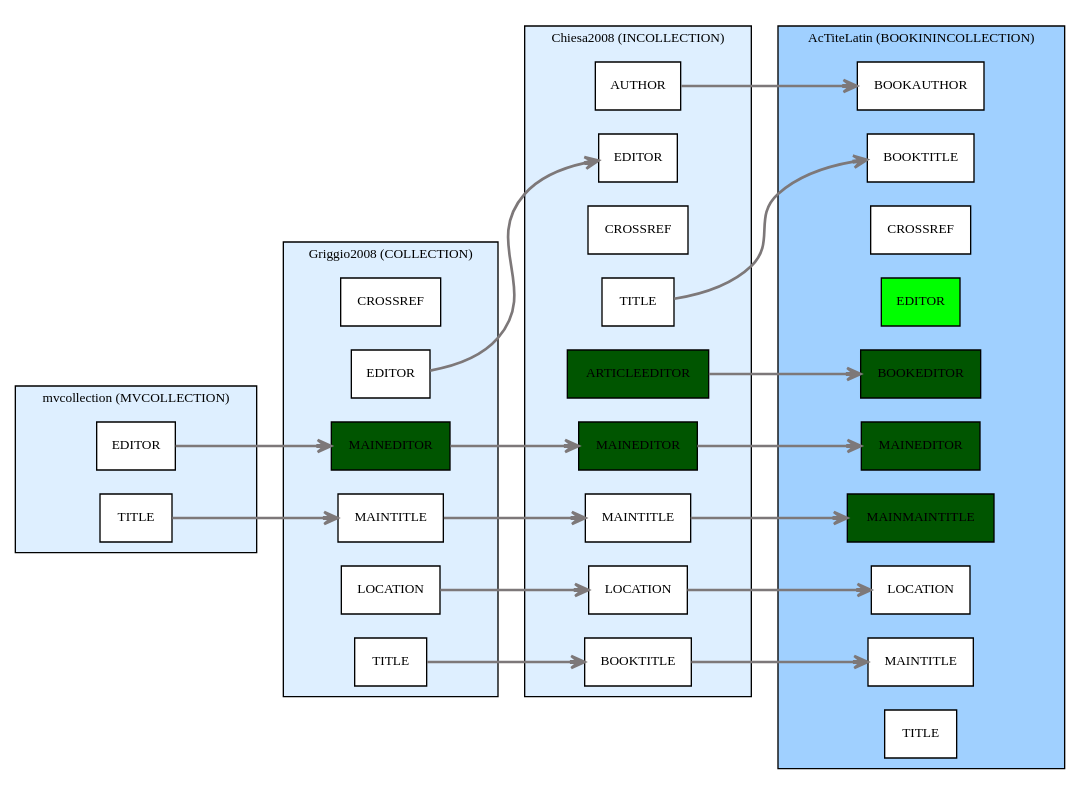
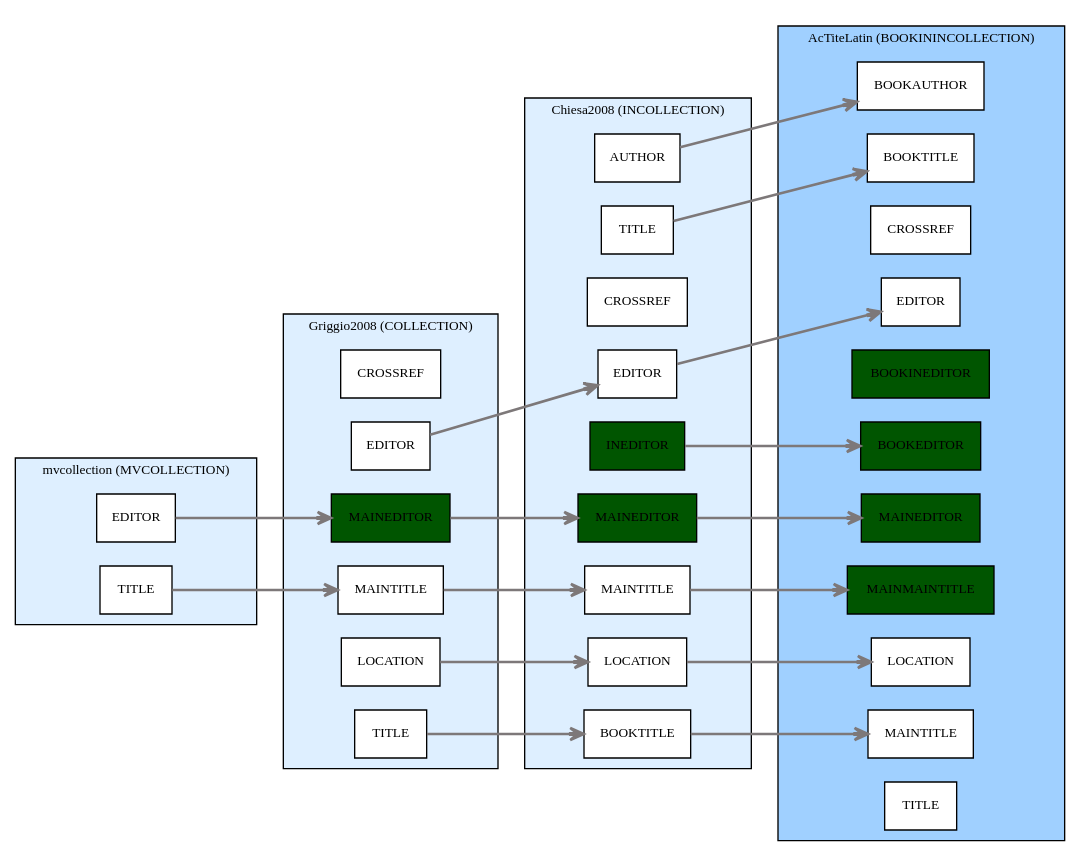
One commit to maieul/biblatex-bookinarticle changed the diagram in collection.dot. Above: the diagram before and after it, drawn with Graphviz.

Commit message:
mieux s'arranger pour les editeur

```diff
--- a/collection.dot
+++ b/collection.dot
@@ -1,87 +1,89 @@
 digraph Biberdata {
   compound = true;
   edge [ arrowhead=open ];
   graph [ style=filled, rankdir=LR ];
   node [
     fontsize=10,
     fillcolor=white,
     style=filled,
     shape=box ];
 
   subgraph "cluster_section0/AcTiteLatin" {
     fontsize="10";
     label="AcTiteLatin (BOOKININCOLLECTION)";
     tooltip="AcTiteLatin (BOOKININCOLLECTION)";
     fillcolor="#a0d0ff";
 
     "section0/AcTiteLatin/bookauthor" [ label="BOOKAUTHOR" ]
     "section0/AcTiteLatin/booktitle" [ label="BOOKTITLE" ]
     "section0/AcTiteLatin/crossref" [ label="CROSSREF" ]
-    "section0/AcTiteLatin/editor" [fillcolor="#00ff00", label="EDITOR" ]
+    "section0/AcTiteLatin/editor" [ label="EDITOR" ]
+    "section0/AcTiteLatin/bookineditor" [fillcolor="#005500", label="BOOKINEDITOR" ]
     "section0/AcTiteLatin/bookeditor" [fillcolor="#005500", label="BOOKEDITOR" ]
     "section0/AcTiteLatin/maineditor" [fillcolor="#005500", label="MAINEDITOR" ]
     "section0/AcTiteLatin/mainmaintitle" [fillcolor="#005500", label="MAINMAINTITLE" ]
     "section0/AcTiteLatin/location" [ label="LOCATION" ]
     "section0/AcTiteLatin/maintitle" [ label="MAINTITLE" ]
     "section0/AcTiteLatin/title" [ label="TITLE" ]
   }
 
   subgraph "cluster_section0/mvcollection" {
     fontsize="10";
     label="mvcollection (MVCOLLECTION)";
     tooltip="mvcollection (MVCOLLECTION)";
     fillcolor="#deefff";
 
     "section0/mvcollection/editor" [ label="EDITOR" ]
     "section0/mvcollection/title" [ label="TITLE" ]
   }
 
   subgraph "cluster_section0/Chiesa2008" {
     fontsize="10";
     label="Chiesa2008 (INCOLLECTION)";
     tooltip="Chiesa2008 (INCOLLECTION)";
     fillcolor="#deefff";
 
     "section0/Chiesa2008/author" [ label="AUTHOR" ]
     "section0/Chiesa2008/booktitle" [ label="BOOKTITLE" ]
     "section0/Chiesa2008/crossref" [ label="CROSSREF" ]
     "section0/Chiesa2008/editor" [ label="EDITOR" ]
-    "section0/Chiesa2008/articleeditor" [fillcolor="#005500", label="ARTICLEEDITOR" ]
+    "section0/Chiesa2008/ineditor" [fillcolor="#005500", label="INEDITOR" ]
     "section0/Chiesa2008/maineditor" [fillcolor="#005500", label="MAINEDITOR" ]
     "section0/Chiesa2008/location" [ label="LOCATION" ]
     "section0/Chiesa2008/maintitle" [ label="MAINTITLE" ]
     "section0/Chiesa2008/title" [ label="TITLE" ]
   }
 
   subgraph "cluster_section0/Griggio2008" {
     fontsize="10";
     label="Griggio2008 (COLLECTION)";
     tooltip="Griggio2008 (COLLECTION)";
     fillcolor="#deefff";
 
     "section0/Griggio2008/crossref" [ label="CROSSREF" ]
     "section0/Griggio2008/editor" [ label="EDITOR" ]
     "section0/Griggio2008/maineditor" [fillcolor="#005500", label="MAINEDITOR" ]
     "section0/Griggio2008/location" [ label="LOCATION" ]
     "section0/Griggio2008/maintitle" [ label="MAINTITLE" ]
     "section0/Griggio2008/title" [ label="TITLE" ]
   }
 
 
 
   "section0/mvcollection/title" -> "section0/Griggio2008/maintitle" [ penwidth="2.0", color="#7d7879", tooltip="Griggio2008/MAINTITLE inherited via CROSSREF from mvcollection/TITLE" ]
   "section0/mvcollection/editor" -> "section0/Griggio2008/maineditor" [ penwidth="2.0", color="#7d7879", tooltip="Griggio2008/MAINEDITOR inherited via CROSSREF from mvcollection/EDITOR" ]
   "section0/Chiesa2008/booktitle" -> "section0/AcTiteLatin/maintitle" [ penwidth="2.0", color="#7d7879", tooltip="AcTiteLatin/MAINTITLE inherited via CROSSREF from Chiesa2008/BOOKTITLE" ]
   "section0/Chiesa2008/maineditor" -> "section0/AcTiteLatin/maineditor" [ penwidth="2.0", color="#7d7879", tooltip="AcTiteLatin/MAINEDITOR inherited via CROSSREF from Chiesa2008/MAINEDITOR" ]
-  "section0/Chiesa2008/articleeditor" -> "section0/AcTiteLatin/bookeditor" [ penwidth="2.0", color="#7d7879", tooltip="AcTiteLatin/BOOKEDITOR inherited via CROSSREF from Chiesa2008/ARTICLEEDITOR" ]
+  "section0/Chiesa2008/ineditor" -> "section0/AcTiteLatin/bookeditor" [ penwidth="2.0", color="#7d7879", tooltip="AcTiteLatin/BOOKEDITOR inherited via CROSSREF from Chiesa2008/INEDITOR" ]
   "section0/Chiesa2008/author" -> "section0/AcTiteLatin/bookauthor" [ penwidth="2.0", color="#7d7879", tooltip="AcTiteLatin/BOOKAUTHOR inherited via CROSSREF from Chiesa2008/AUTHOR" ]
   "section0/Chiesa2008/location" -> "section0/AcTiteLatin/location" [ penwidth="2.0", color="#7d7879", tooltip="AcTiteLatin/LOCATION inherited via CROSSREF from Chiesa2008/LOCATION" ]
   "section0/Chiesa2008/maintitle" -> "section0/AcTiteLatin/mainmaintitle" [ penwidth="2.0", color="#7d7879", tooltip="AcTiteLatin/MAINMAINTITLE inherited via CROSSREF from Chiesa2008/MAINTITLE" ]
   "section0/Chiesa2008/title" -> "section0/AcTiteLatin/booktitle" [ penwidth="2.0", color="#7d7879", tooltip="AcTiteLatin/BOOKTITLE inherited via CROSSREF from Chiesa2008/TITLE" ]
   "section0/Griggio2008/editor" -> "section0/Chiesa2008/editor" [ penwidth="2.0", color="#7d7879", tooltip="Chiesa2008/EDITOR inherited via CROSSREF from Griggio2008/EDITOR" ]
+  "section0/Chiesa2008/editor" -> "section0/AcTiteLatin/editor" [ penwidth="2.0", color="#7d7879", tooltip="AcTiteLatin/EDITOR inherited via CROSSREF from AcTiteLatin/EDITOR" ]
   "section0/Griggio2008/maineditor" -> "section0/Chiesa2008/maineditor" [ penwidth="2.0", color="#7d7879", tooltip="Chiesa2008/MAINEDITOR inherited via CROSSREF from Griggio2008/MAINEDITOR" ]
   "section0/Griggio2008/title" -> "section0/Chiesa2008/booktitle" [ penwidth="2.0", color="#7d7879", tooltip="Chiesa2008/BOOKTITLE inherited via CROSSREF from Griggio2008/TITLE" ]
   "section0/Griggio2008/location" -> "section0/Chiesa2008/location" [ penwidth="2.0", color="#7d7879", tooltip="Chiesa2008/LOCATION inherited via CROSSREF from Griggio2008/LOCATION" ]
   "section0/Griggio2008/maintitle" -> "section0/Chiesa2008/maintitle" [ penwidth="2.0", color="#7d7879", tooltip="Chiesa2008/MAINTITLE inherited via CROSSREF from Griggio2008/MAINTITLE" ]
 
 }
```
